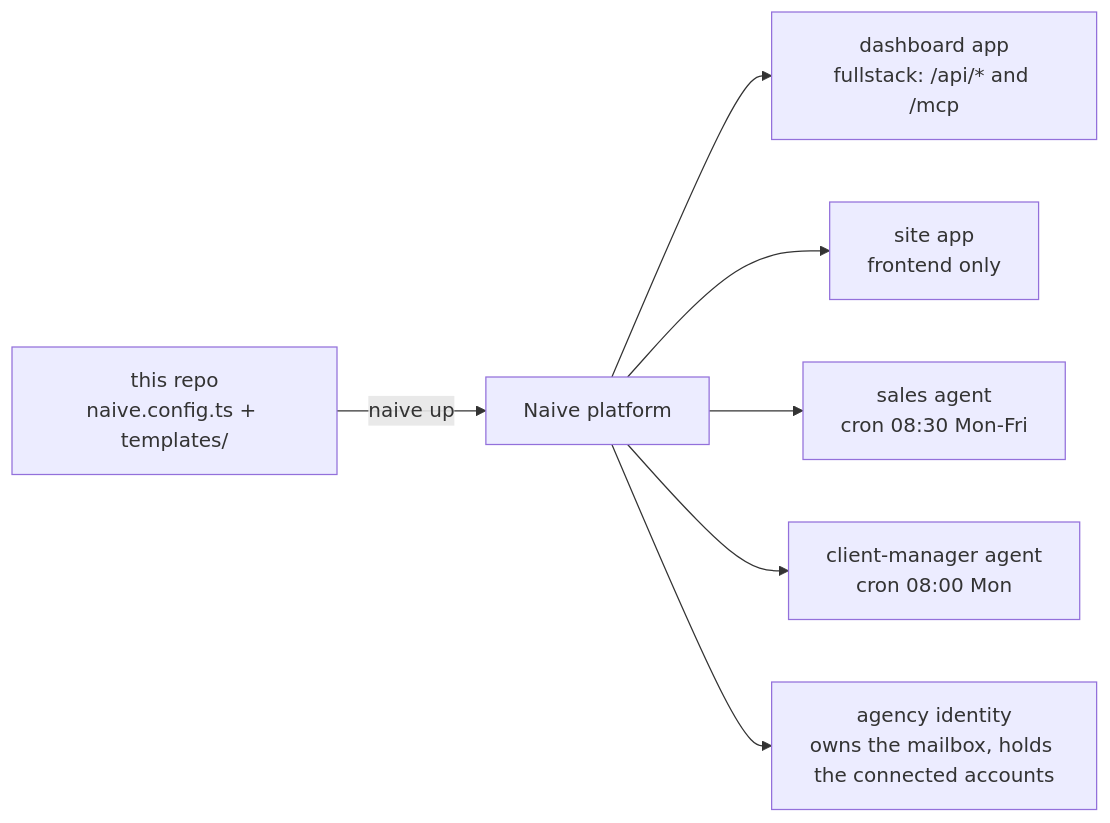
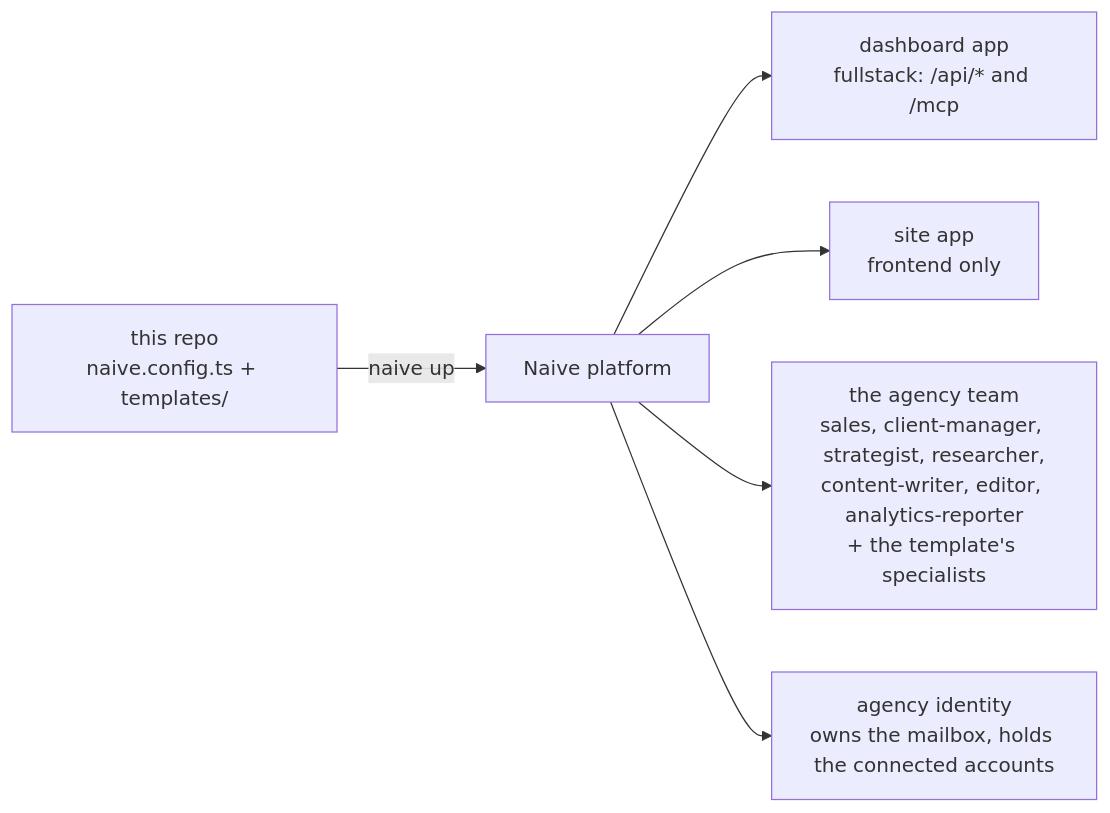
One commit to usenaive/agency-blueprint changed the diagram in README.md. Above: the diagram before and after it, drawn with Mermaid. The commit also changed other lines of this file and 6 other files, not shown here.

First line of the commit message:
Give every template a comprehensive agency team in `agents`

````diff
--- a/README.md
+++ b/README.md
@@ -27,10 +27,9 @@
 ```mermaid
 flowchart LR
   repo["this repo<br/>naive.config.ts + templates/"]
   repo -->|naive up| plat["Naive platform"]
   plat --> dash["dashboard app<br/>fullstack: /api/* and /mcp"]
   plat --> site["site app<br/>frontend only"]
-  plat --> sales["sales agent<br/>cron 08:30 Mon-Fri"]
-  plat --> cm["client-manager agent<br/>cron 08:00 Mon"]
+  plat --> team["the agency team<br/>sales, client-manager, strategist, researcher,<br/>content-writer, editor, analytics-reporter<br/>+ the template's specialists"]
   plat --> idn["agency identity<br/>owns the mailbox, holds the connected accounts"]
 ```
````
